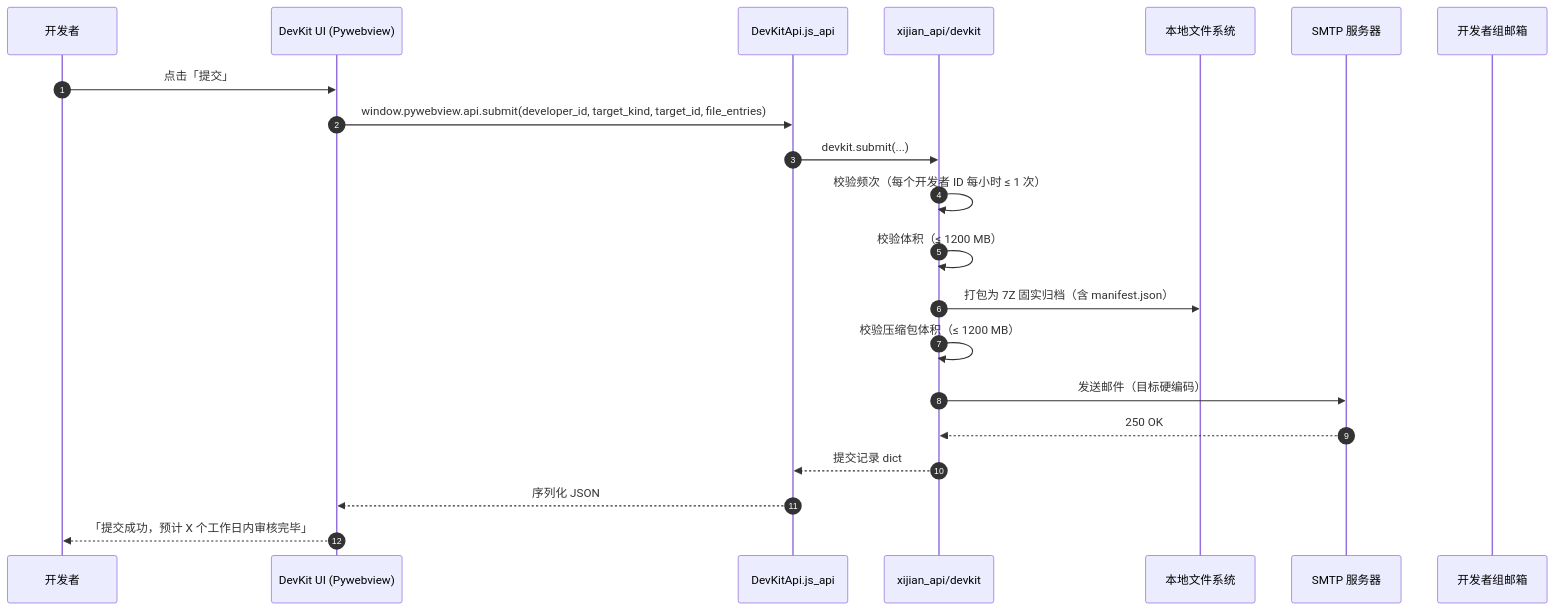
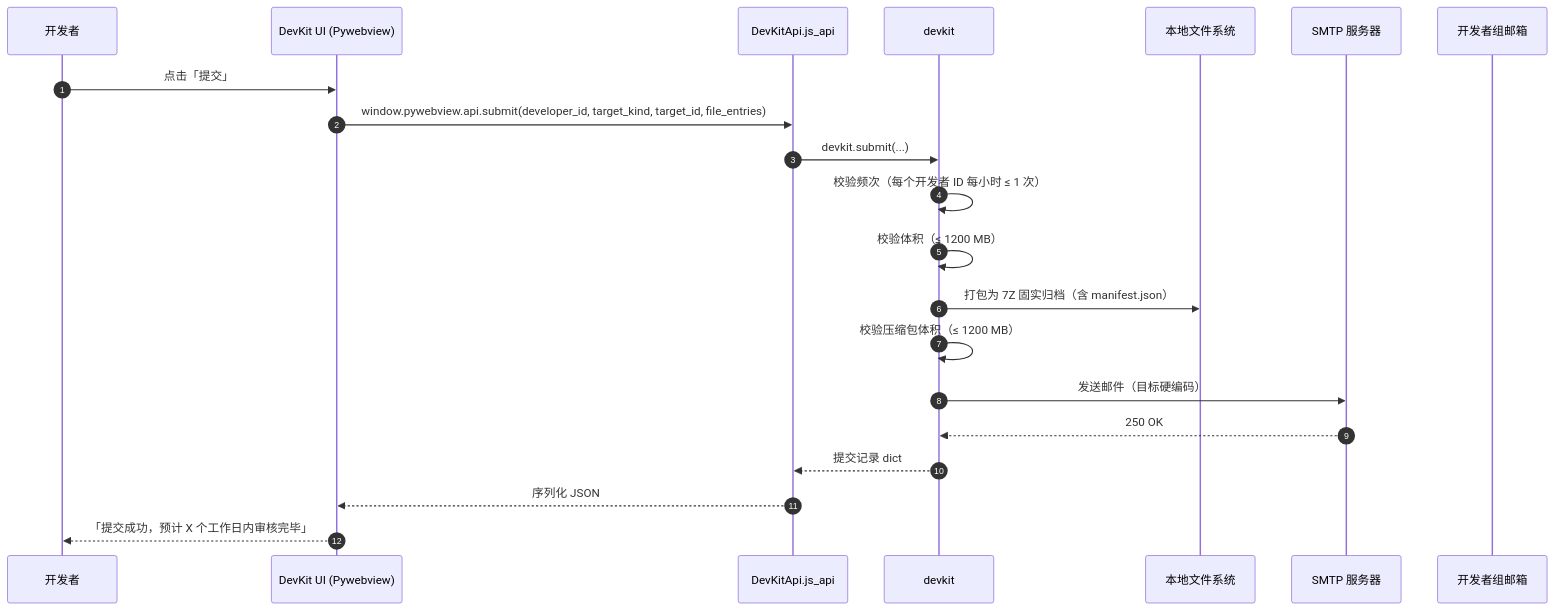
Before and after one commit to XiJian-Development-Group/XiJian: diagram 16 of 18 in docs/Dev. Function List功能清单v2.md, drawn with Mermaid. The commit also changed other lines of this file and 14 other files, not shown here.

````diff
--- a/docs/Dev. Function List功能清单v2.md
+++ b/docs/Dev. Function List功能清单v2.md
@@ -1722,23 +1735,23 @@
   ```mermaid
   sequenceDiagram
       autonumber
       participant D as 开发者
       participant UI as DevKit UI (Pywebview)
       participant API as DevKitApi.js_api
-      participant DK as xijian_api/devkit
+      participant DK as devkit
       participant FS as 本地文件系统
       participant SMTP as SMTP 服务器
       participant Mailbox as 开发者组邮箱
       D->>UI: 点击「提交」
       UI->>API: window.pywebview.api.submit(developer_id, target_kind, target_id, file_entries)
       API->>DK: devkit.submit(...)
       DK->>DK: 校验频次（每个开发者 ID 每小时 ≤ 1 次）
       DK->>DK: 校验体积（≤ 1200 MB）
       DK->>FS: 打包为 7Z 固实归档（含 manifest.json）
       DK->>DK: 校验压缩包体积（≤ 1200 MB）
       DK->>SMTP: 发送邮件（目标硬编码）
       SMTP-->>DK: 250 OK
       DK-->>API: 提交记录 dict
       API-->>UI: 序列化 JSON
       UI-->>D: 「提交成功，预计 X 个工作日内审核完毕」
   ```
````
